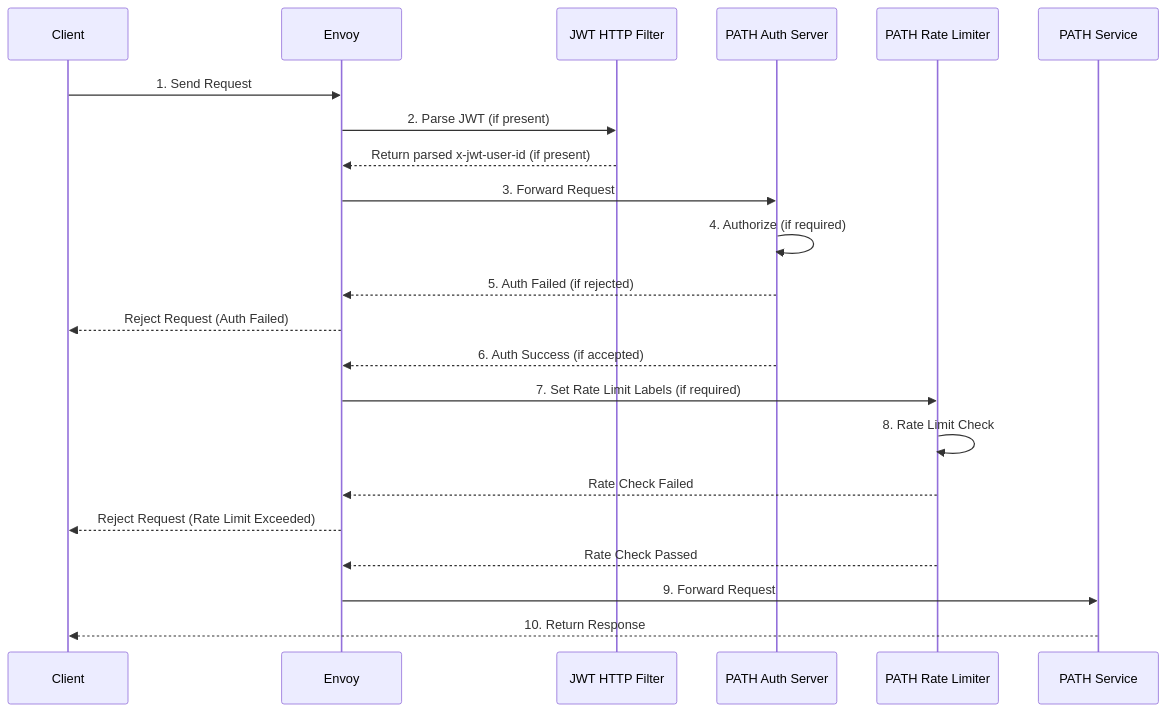
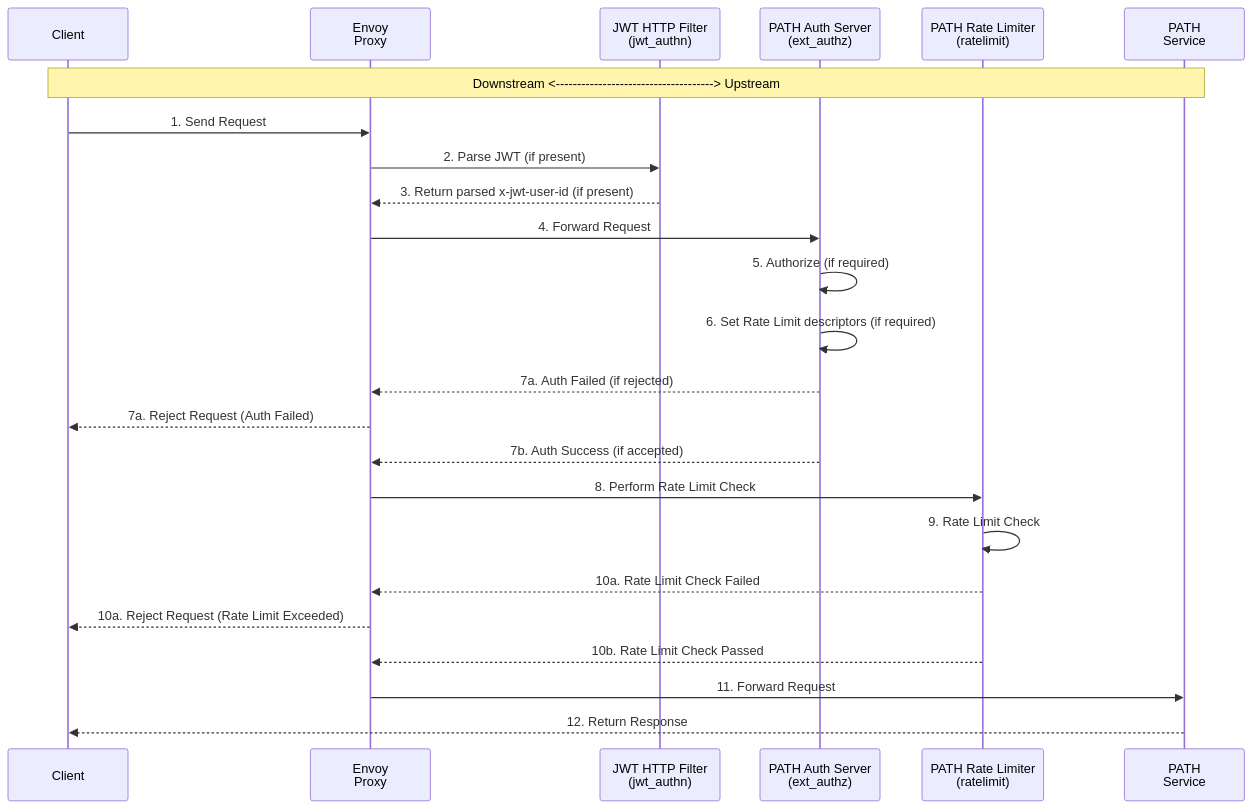
The first of 2 diagrams in envoy/README.md (buildwithgrove/path), drawn with Mermaid before and after one commit. The commit also changed other lines of this file and 3 other files, not shown here.

````diff
--- a/envoy/README.md
+++ b/envoy/README.md
@@ -104,25 +106,29 @@
 ```mermaid
 sequenceDiagram
     participant Client
-    participant Envoy
-    participant JWTFilter as JWT HTTP Filter
-    participant AuthServer as PATH Auth Server
-    participant RateLimiter as PATH Rate Limiter
-    participant Service as PATH Service
+    participant Envoy as Envoy<br>Proxy
+    participant JWTFilter as JWT HTTP Filter<br>(jwt_authn)
+    participant AuthServer as PATH Auth Server<br>(ext_authz)
+    participant RateLimiter as PATH Rate Limiter<br>(ratelimit)
+    participant Service as PATH<br>Service
+
+    %% Add bidirectional arrow for Upstream and Downstream
+    Note over Client,Service: Downstream <-------------------------------------> Upstream
 
     Client->>Envoy: 1. Send Request
     Envoy->>JWTFilter: 2. Parse JWT (if present)
-    JWTFilter-->>Envoy: Return parsed x-jwt-user-id (if present)
-    Envoy->>AuthServer: 3. Forward Request
-    AuthServer->>AuthServer: 4. Authorize (if required)
-    AuthServer-->>Envoy: 5. Auth Failed (if rejected)
-    Envoy-->>Client: Reject Request (Auth Failed)
-    AuthServer-->>Envoy: 6. Auth Success (if accepted)
-    Envoy->>RateLimiter: 7. Set Rate Limit Labels (if required)
-    RateLimiter->>RateLimiter: 8. Rate Limit Check
-    RateLimiter-->>Envoy: Rate Check Failed
-    Envoy-->>Client: Reject Request (Rate Limit Exceeded)
-    RateLimiter-->>Envoy: Rate Check Passed
-    Envoy->>Service: 9. Forward Request
-    Service-->>Client: 10. Return Response
+    JWTFilter-->>Envoy: 3. Return parsed x-jwt-user-id (if present)
+    Envoy->>AuthServer: 4. Forward Request
+    AuthServer->>AuthServer: 5. Authorize (if required)
+    AuthServer->>AuthServer: 6. Set Rate Limit descriptors (if required)
+    AuthServer-->>Envoy: 7a. Auth Failed (if rejected)
+    Envoy-->>Client: 7a. Reject Request (Auth Failed)
+    AuthServer-->>Envoy: 7b. Auth Success (if accepted)
+    Envoy->>RateLimiter: 8. Perform Rate Limit Check
+    RateLimiter->>RateLimiter: 9. Rate Limit Check
+    RateLimiter-->>Envoy: 10a. Rate Limit Check Failed
+    Envoy-->>Client: 10a. Reject Request (Rate Limit Exceeded)
+    RateLimiter-->>Envoy: 10b. Rate Limit Check Passed
+    Envoy->>Service: 11. Forward Request
+    Service-->>Client: 12. Return Response
 ```
````
